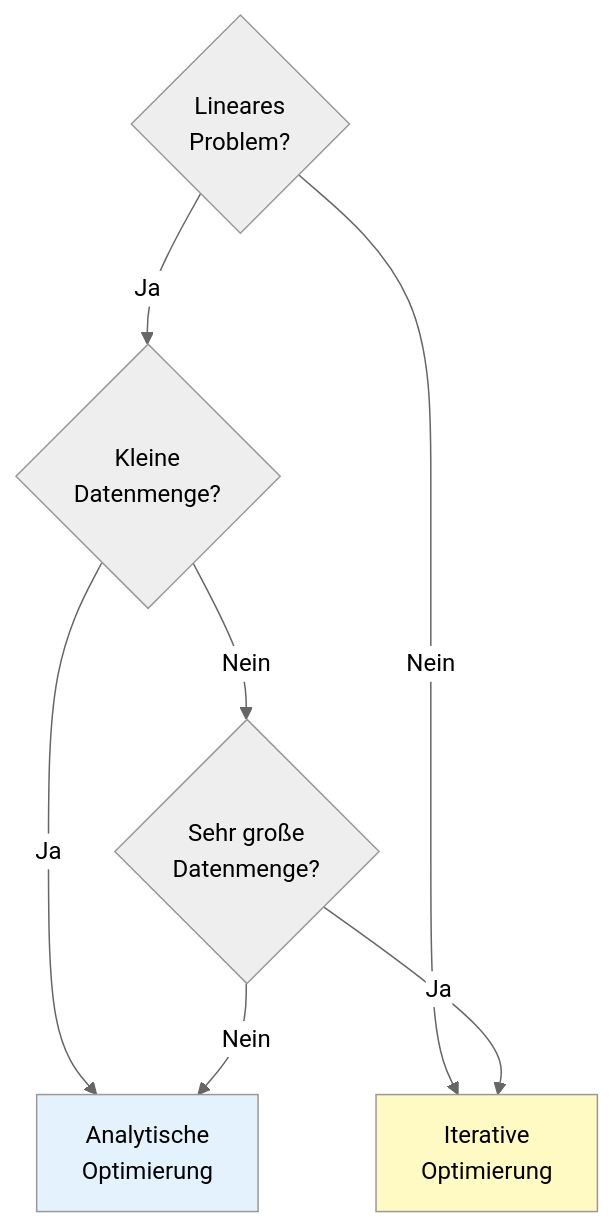
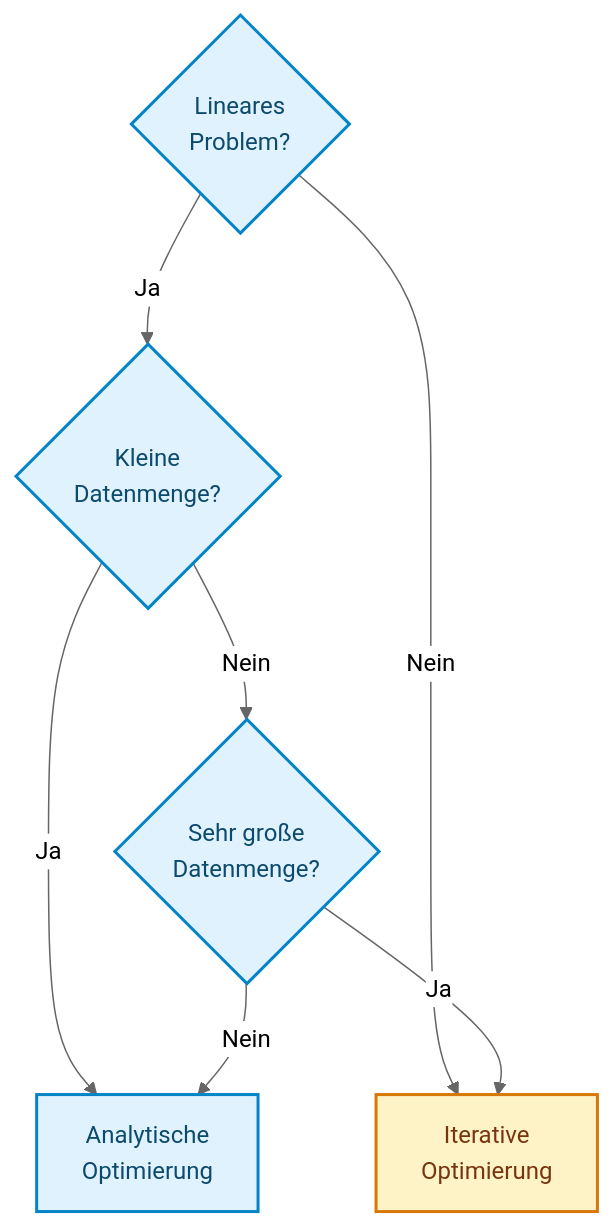
One commit to ralf-42/ML_Intro changed the second of 9 diagrams in docs/concepts/modeling/regression.md. Above: the diagram before and after it, drawn with Mermaid (neutral theme). The commit also changed other lines of this file and 67 other files, not shown here.

````diff
--- a/docs/concepts/modeling/regression.md
+++ b/docs/concepts/modeling/regression.md
@@ -119,15 +120,16 @@
 ```mermaid
 flowchart TD
     Q1{Lineares<br/>Problem?}
     Q1 -->|Ja| Q2{Kleine<br/>Datenmenge?}
     Q1 -->|Nein| I["Iterative<br/>Optimierung"]
     
     Q2 -->|Ja| A["Analytische<br/>Optimierung"]
     Q2 -->|Nein| Q3{Sehr große<br/>Datenmenge?}
     
     Q3 -->|Ja| I
     Q3 -->|Nein| A
-    
-    style A fill:#e3f2fd
-    style I fill:#fff9c4
+
+    classDef default fill:#e0f2fe,stroke:#0284c7,stroke-width:2px,color:#0c4a6e;
+    classDef metric fill:#fef3c7,stroke:#d97706,stroke-width:2px,color:#78350f;
+    class I metric;
 ```
````
